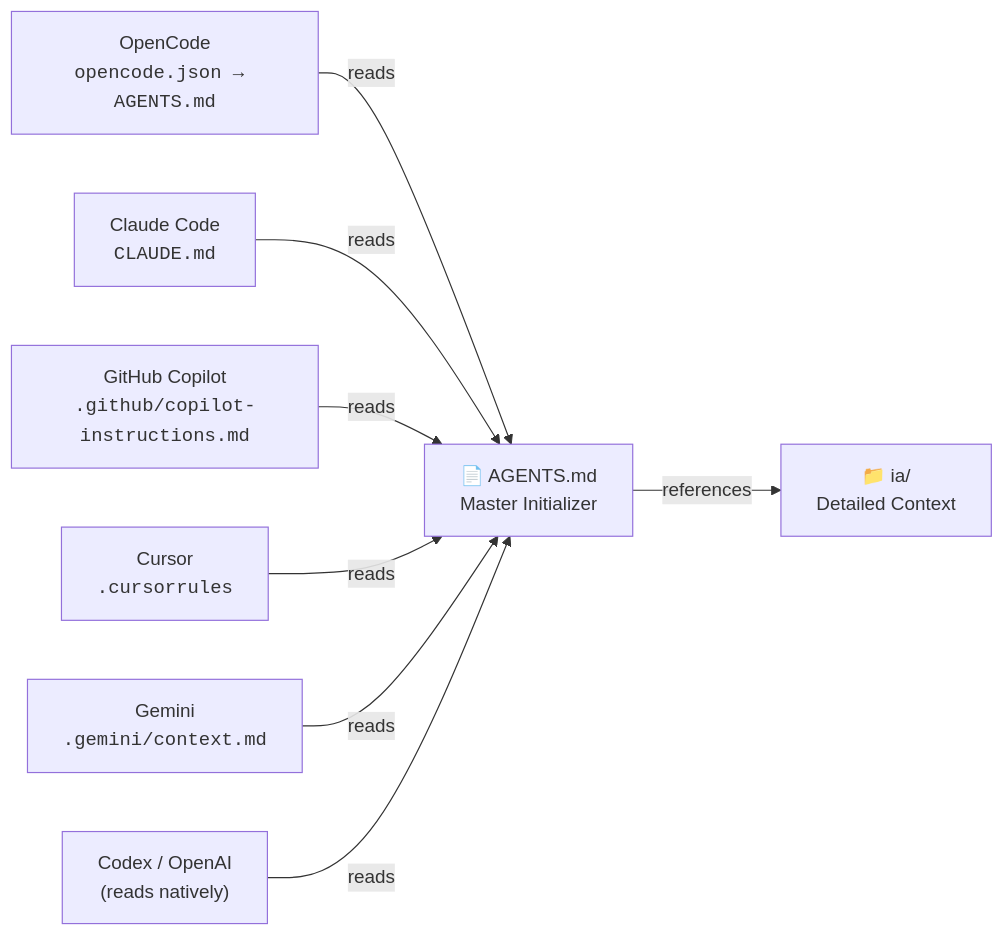
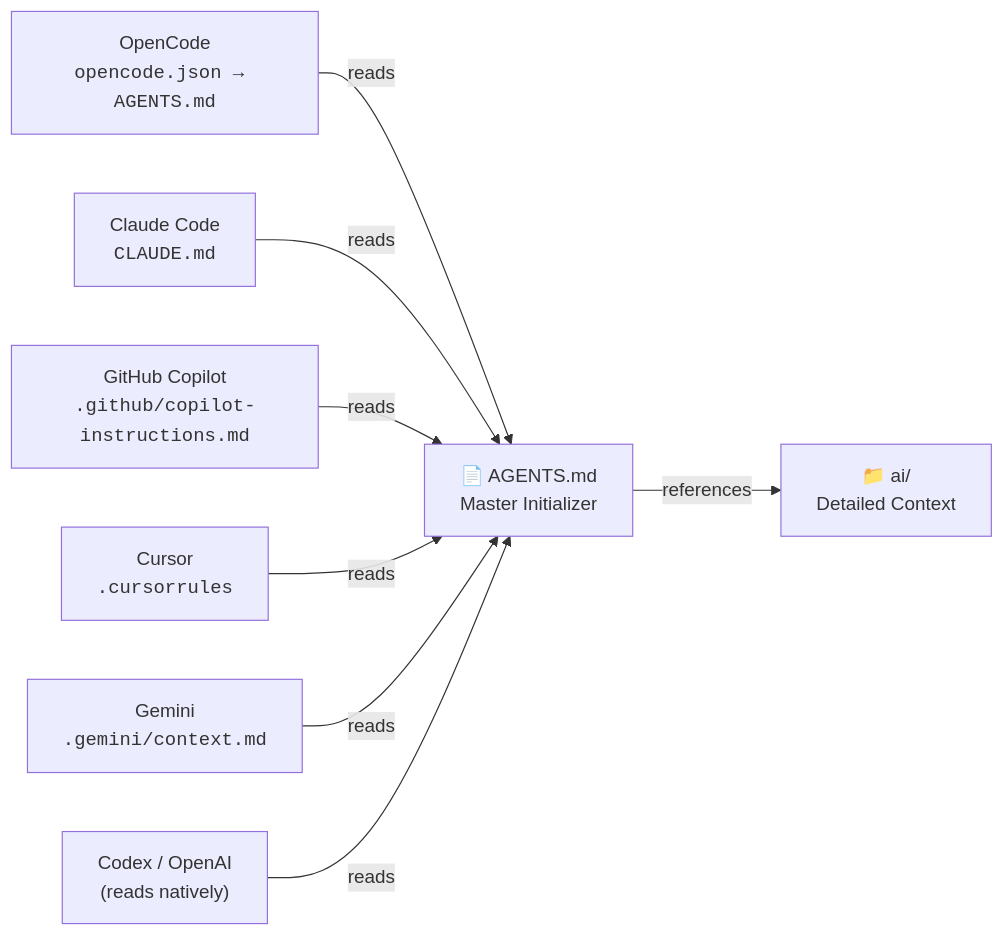
Before and after one commit to CodandoTV/eagle-eye: the diagram in README-AI-CONTEXT.md, drawn with Mermaid. The commit also changed other lines of this file and 16 other files, not shown here.

````diff
--- a/README-AI-CONTEXT.md
+++ b/README-AI-CONTEXT.md
@@ -10,21 +10,21 @@
 ```mermaid
 graph LR
     OPENCODE["OpenCode<br/><code>opencode.json → AGENTS.md</code>"]
     CLAUDE["Claude Code<br/><code>CLAUDE.md</code>"]
     COPILOT["GitHub Copilot<br/><code>.github/copilot-instructions.md</code>"]
     CURSOR["Cursor<br/><code>.cursorrules</code>"]
     GEMINI["Gemini<br/><code>.gemini/context.md</code>"]
     CODEX["Codex / OpenAI<br/>(reads natively)"]
 
     AG["📄 AGENTS.md<br/>Master Initializer"]
-    IA["📁 ia/<br/>Detailed Context"]
+    AI["📁 ai/<br/>Detailed Context"]
 
     OPENCODE -->|reads| AG
     CLAUDE -->|reads| AG
     COPILOT -->|reads| AG
     CURSOR -->|reads| AG
     GEMINI -->|reads| AG
     CODEX -->|reads| AG
 
-    AG -->|references| IA
+    AG -->|references| AI
 ```
````
